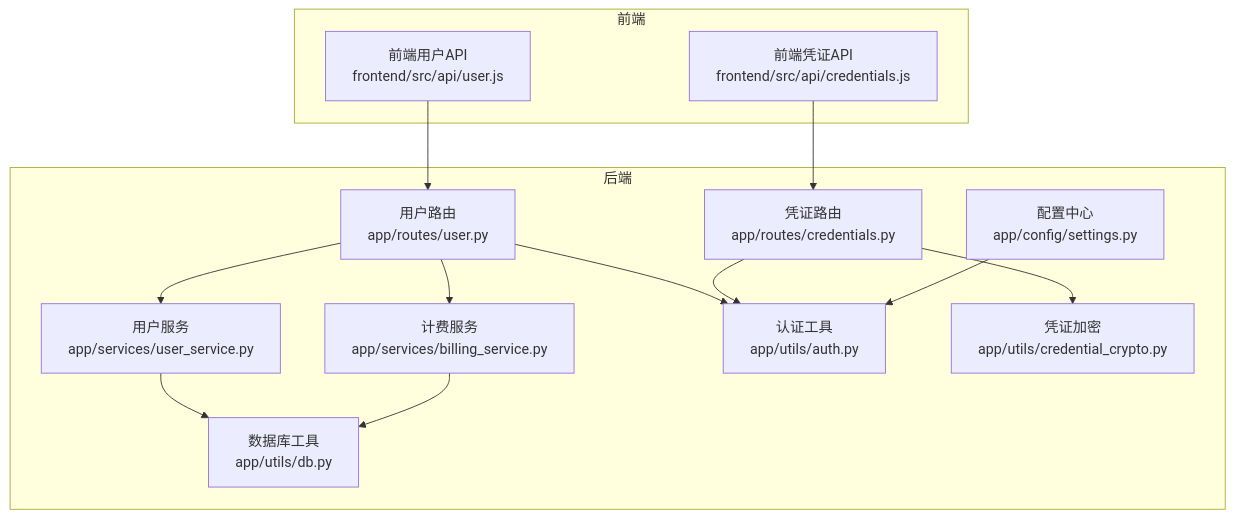
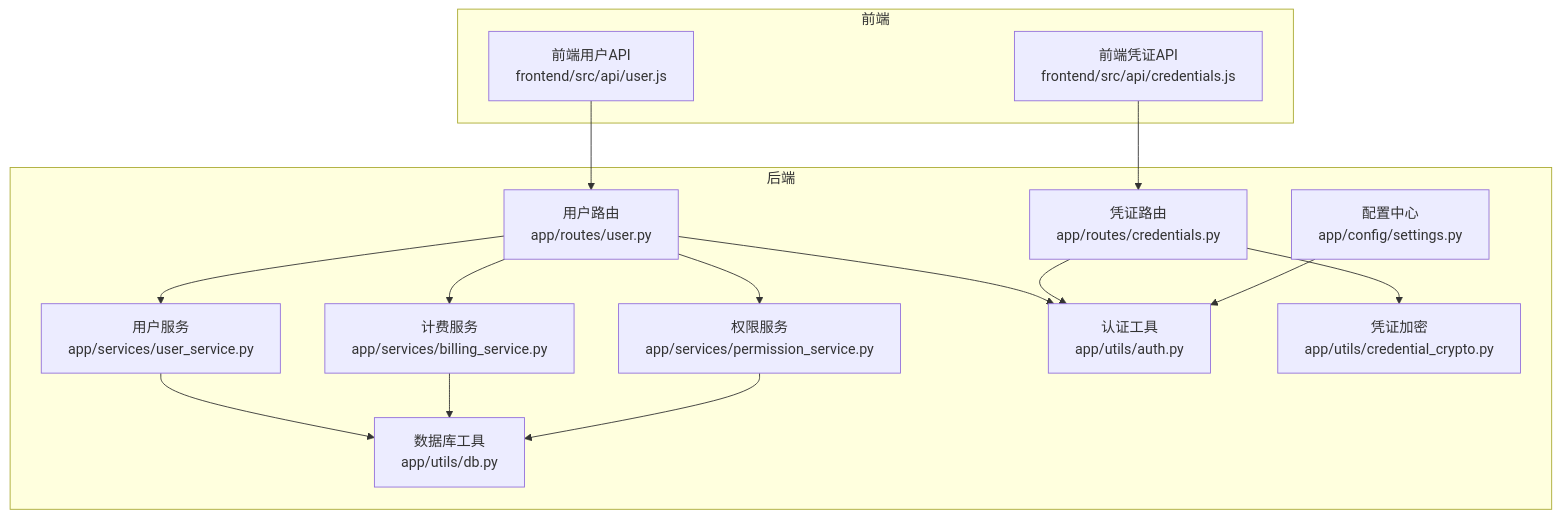
The first of 3 diagrams in .qoder/repowiki/zh/content/API参考文档/用户管理API.md (joezxh/QuantDinger), drawn with Mermaid before and after one commit. The commit also changed other lines of this file and 548 other files, not shown here.

````diff
--- a/.qoder/repowiki/zh/content/API参考文档/用户管理API.md
+++ b/.qoder/repowiki/zh/content/API参考文档/用户管理API.md
@@ -48,27 +57,30 @@
 ```mermaid
 graph TB
 subgraph "前端"
 FE_User["前端用户API<br/>frontend/src/api/user.js"]
 FE_Cred["前端凭证API<br/>frontend/src/api/credentials.js"]
 end
 subgraph "后端"
 R_User["用户路由<br/>app/routes/user.py"]
 R_Cred["凭证路由<br/>app/routes/credentials.py"]
 S_User["用户服务<br/>app/services/user_service.py"]
 S_Bill["计费服务<br/>app/services/billing_service.py"]
+S_Permission["权限服务<br/>app/services/permission_service.py"]
 U_Auth["认证工具<br/>app/utils/auth.py"]
 U_CredCrypto["凭证加密<br/>app/utils/credential_crypto.py"]
 U_DB["数据库工具<br/>app/utils/db.py"]
 CFG["配置中心<br/>app/config/settings.py"]
 end
 FE_User --> R_User
 FE_Cred --> R_Cred
 R_User --> S_User
 R_User --> S_Bill
+R_User --> S_Permission
 R_Cred --> U_CredCrypto
 R_User --> U_Auth
 R_Cred --> U_Auth
 S_User --> U_DB
 S_Bill --> U_DB
+S_Permission --> U_DB
 CFG --> U_Auth
 ```
````
